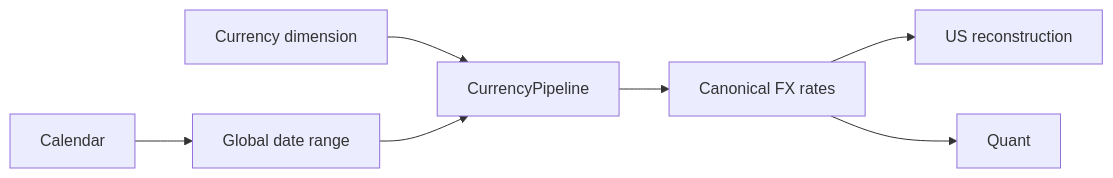
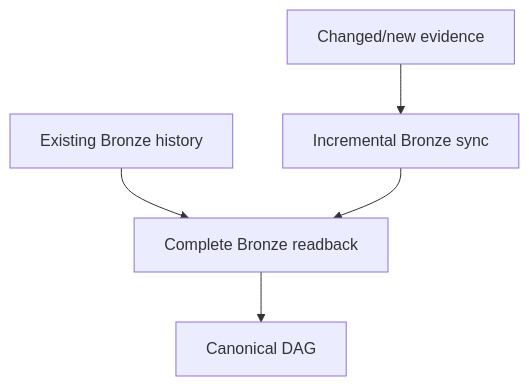
The sixth of 11 diagrams in docs/architecture/data-lifecycle.md (tks18/personal-finance-etl), drawn with Mermaid before and after one commit. The commit also changed other lines of this file and 10 other files, not shown here.

Commit message:
docs: update docs/architecture for latest version

````diff
--- a/docs/architecture/data-lifecycle.md
+++ b/docs/architecture/data-lifecycle.md
@@ -298,9 +294,7 @@
 ```mermaid
-flowchart LR
-    CAL[Calendar] --> RANGE[Global date range]
-    CUR[Currency dimension] --> FXP[CurrencyPipeline]
-    RANGE --> FXP
-    FXP --> FX[Canonical FX rates]
-    FX --> US[US reconstruction]
-    FX --> Q[Quant]
+flowchart TD
+    Changed[Changed/new evidence] --> Sync[Incremental Bronze sync]
+    Historical[Existing Bronze history] --> Full[Complete Bronze readback]
+    Sync --> Full
+    Full --> Transform[Canonical DAG]
 ```
````
